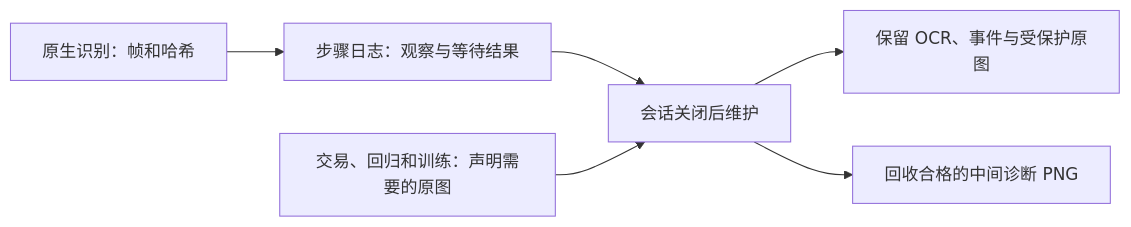
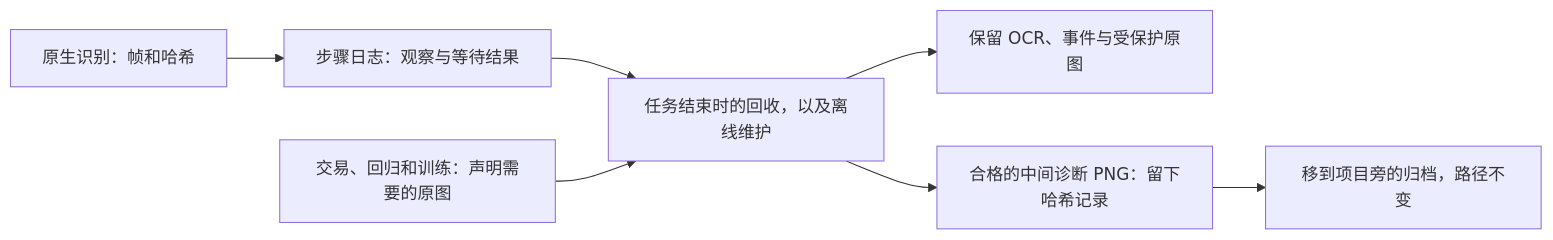
One commit to sairaisaika/MaaLCB changed diagram 36 of 45 in docs/wiki/zh_cn/6-deployment.md. Above: the diagram before and after it, drawn with Mermaid. The commit also changed other lines of this file and 10 other files, not shown here.

````diff
--- a/docs/wiki/zh_cn/6-deployment.md
+++ b/docs/wiki/zh_cn/6-deployment.md
@@ -1406,8 +1406,9 @@
 ```mermaid
 flowchart LR
   OCR["原生识别：帧和哈希"] --> J["步骤日志：观察与等待结果"]
-  J --> S["会话关闭后维护"]
+  J --> S["任务结束时的回收，以及离线维护"]
   B["交易、回归和训练：声明需要的原图"] --> S
   S --> R["保留 OCR、事件与受保护原图"]
-  S --> P["回收合格的中间诊断 PNG"]
+  S --> P["合格的中间诊断 PNG：留下哈希记录"]
+  P --> A["移到项目旁的归档，路径不变"]
 ```
````
